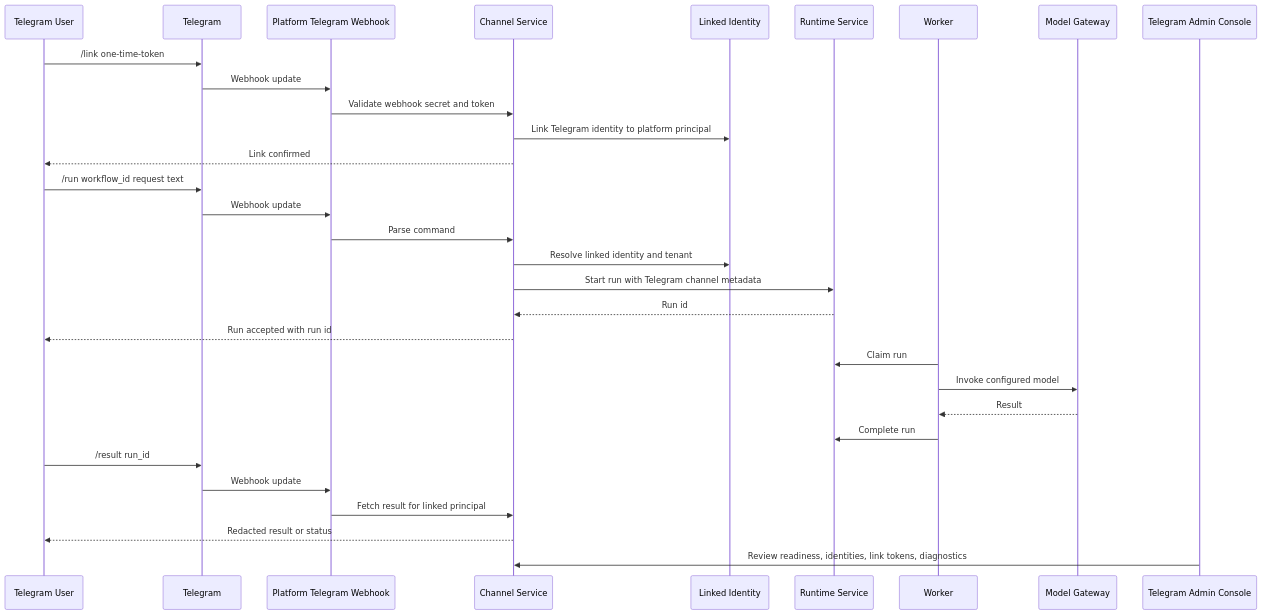
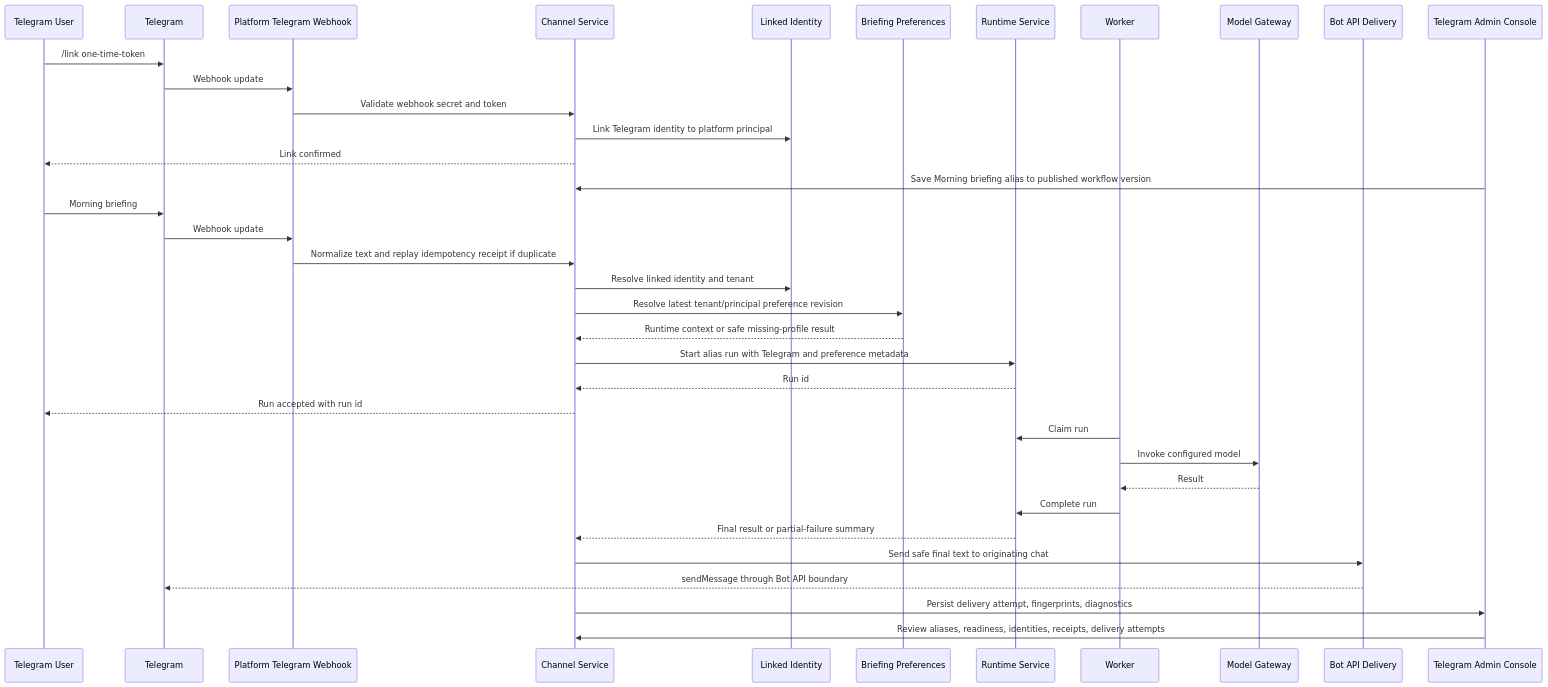
The third of 9 diagrams in user_guide.md (scott5252/multi-agent), drawn with Mermaid before and after one commit. The commit also changed other lines of this file and 6 other files, not shown here.

````diff
--- a/user_guide.md
+++ b/user_guide.md
@@ -1834,34 +2111,39 @@
 ```mermaid
 sequenceDiagram
     participant Person as Telegram User
     participant Telegram
     participant Webhook as Platform Telegram Webhook
     participant Channel as Channel Service
     participant Auth as Linked Identity
+    participant Prefs as Briefing Preferences
     participant Runtime as Runtime Service
     participant Worker
     participant Gateway as Model Gateway
+    participant Delivery as Bot API Delivery
     participant Admin as Telegram Admin Console
 
     Person->>Telegram: /link one-time-token
     Telegram->>Webhook: Webhook update
     Webhook->>Channel: Validate webhook secret and token
     Channel->>Auth: Link Telegram identity to platform principal
     Channel-->>Person: Link confirmed
-    Person->>Telegram: /run workflow_id request text
+    Admin->>Channel: Save Morning briefing alias to published workflow version
+    Person->>Telegram: Morning briefing
     Telegram->>Webhook: Webhook update
-    Webhook->>Channel: Parse command
+    Webhook->>Channel: Normalize text and replay idempotency receipt if duplicate
     Channel->>Auth: Resolve linked identity and tenant
-    Channel->>Runtime: Start run with Telegram channel metadata
+    Channel->>Prefs: Resolve latest tenant/principal preference revision
+    Prefs-->>Channel: Runtime context or safe missing-profile result
+    Channel->>Runtime: Start alias run with Telegram and preference metadata
     Runtime-->>Channel: Run id
     Channel-->>Person: Run accepted with run id
     Worker->>Runtime: Claim run
     Worker->>Gateway: Invoke configured model
     Gateway-->>Worker: Result
     Worker->>Runtime: Complete run
-    Person->>Telegram: /result run_id
-    Telegram->>Webhook: Webhook update
-    Webhook->>Channel: Fetch result for linked principal
-    Channel-->>Person: Redacted result or status
-    Admin->>Channel: Review readiness, identities, link tokens, diagnostics
+    Runtime-->>Channel: Final result or partial-failure summary
+    Channel->>Delivery: Send safe final text to originating chat
+    Delivery-->>Telegram: sendMessage through Bot API boundary
+    Channel->>Admin: Persist delivery attempt, fingerprints, diagnostics
+    Admin->>Channel: Review aliases, readiness, identities, receipts, delivery attempts
 ```
````
